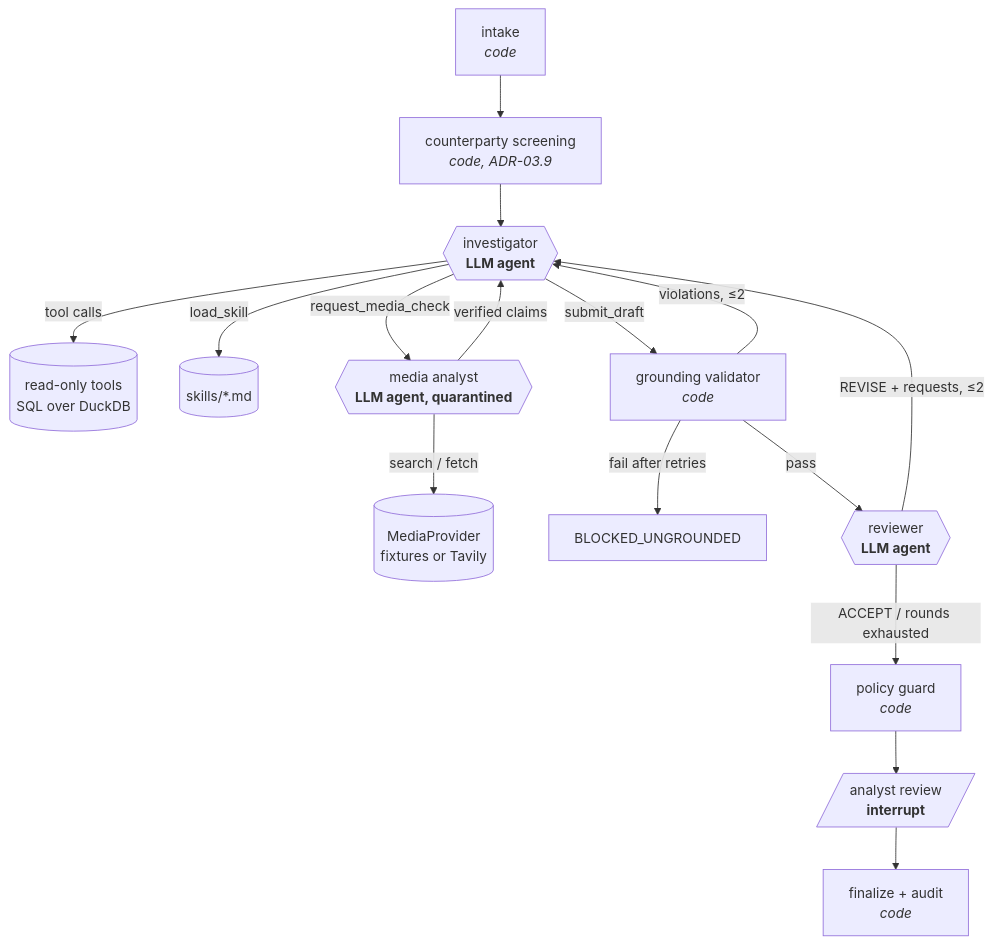
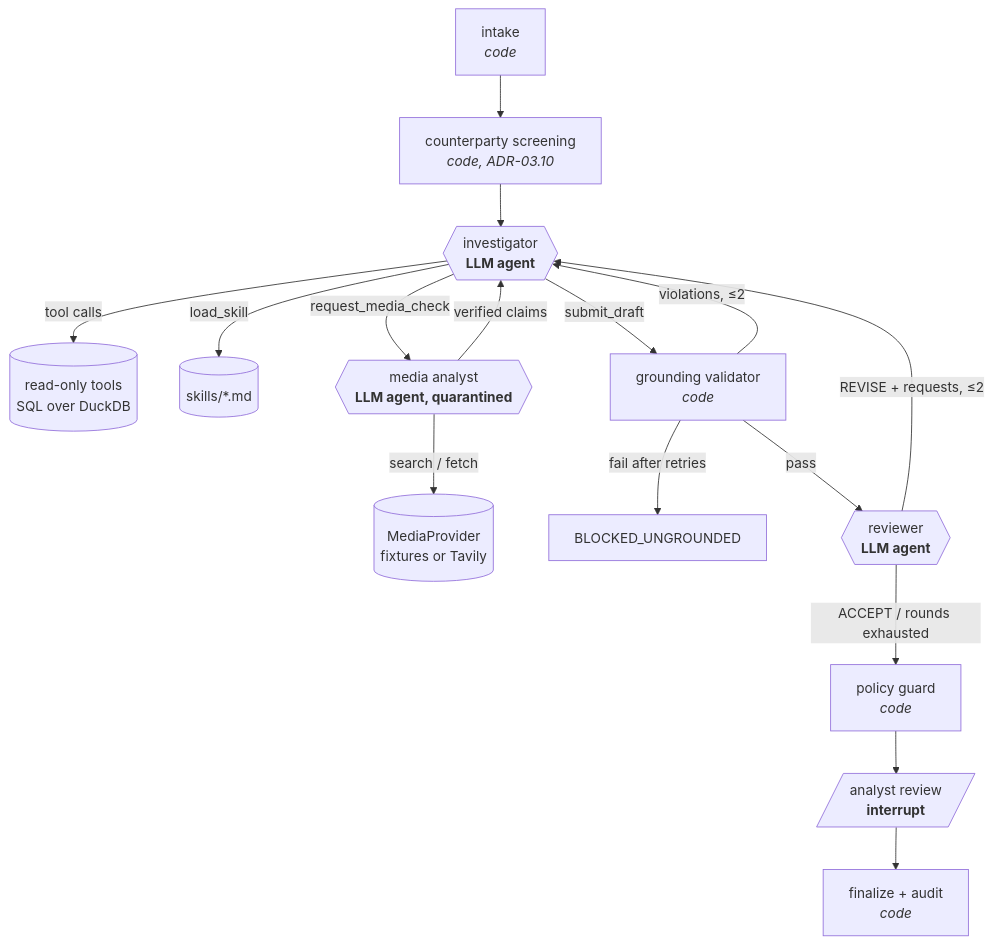
One commit to FilipePaco/finint-agent changed the diagram in .kiro/specs/03-investigation-agent/design.md. Above: the diagram before and after it, drawn with Mermaid. The commit also changed other lines of this file and 9 other files, not shown here.

First line of the commit message:
docs(specs): renumber counterparty screening ADR to ADR-03.10 (R3.4)

````diff
--- a/.kiro/specs/03-investigation-agent/design.md
+++ b/.kiro/specs/03-investigation-agent/design.md
@@ -4,18 +4,18 @@
 ```mermaid
 flowchart TD
-    A[intake<br/><i>code</i>] --> C[counterparty screening<br/><i>code, ADR-03.9</i>]
+    A[intake<br/><i>code</i>] --> C[counterparty screening<br/><i>code, ADR-03.10</i>]
     C --> B{{investigator<br/><b>LLM agent</b>}}
     B -- tool calls --> T[(read-only tools<br/>SQL over DuckDB)]
     B -- load_skill --> S[(skills/*.md)]
     B -- request_media_check --> M{{media analyst<br/><b>LLM agent, quarantined</b>}}
     M -- search / fetch --> N[(MediaProvider<br/>fixtures or Tavily)]
     M -- verified claims --> B
     B -- submit_draft --> G[grounding validator<br/><i>code</i>]
     G -- violations, ≤2 --> B
     G -- fail after retries --> X[BLOCKED_UNGROUNDED]
     G -- pass --> R{{reviewer<br/><b>LLM agent</b>}}
     R -- REVISE + requests, ≤2 --> B
     R -- ACCEPT / rounds exhausted --> P[policy guard<br/><i>code</i>]
     P --> H[/analyst review<br/><b>interrupt</b>/]
     H --> F[finalize + audit<br/><i>code</i>]
 ```
````
